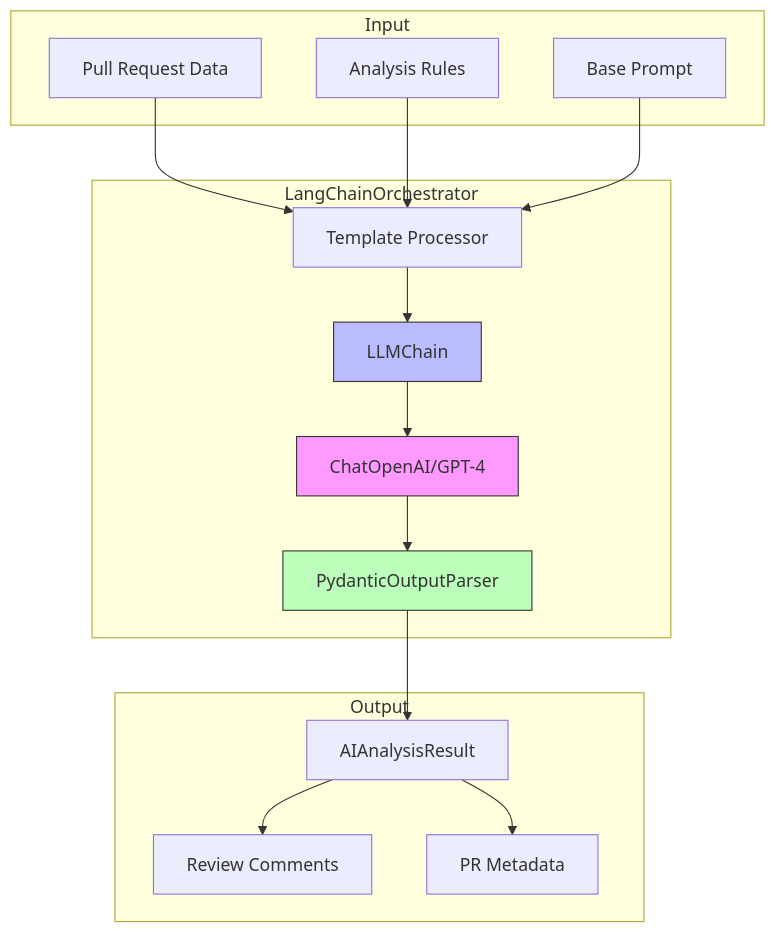
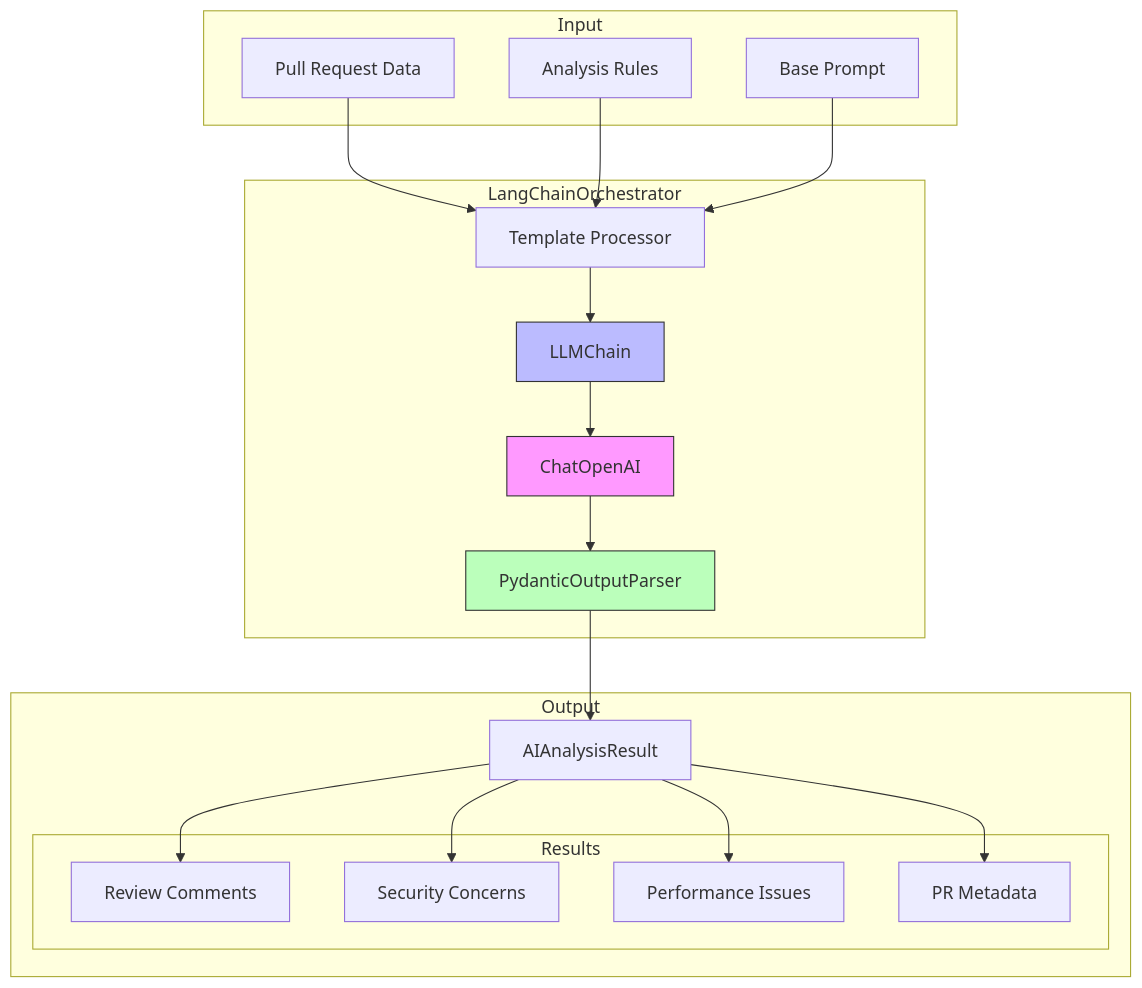
The diagram in diagrams/langchain_flow.mmd (dev-dvenegas/ai-code-review-bot-Private), drawn with Mermaid before and after one commit. The commit also changed 15 other files, not shown here.

```diff
--- a/diagrams/langchain_flow.mmd
+++ b/diagrams/langchain_flow.mmd
@@ -1,35 +1,41 @@
 flowchart TD
     subgraph Input
         PR[Pull Request Data]
         Rules[Analysis Rules]
         Prompt[Base Prompt]
     end
 
     subgraph LangChainOrchestrator
         TP[Template Processor]
         Parser[PydanticOutputParser]
         Chain[LLMChain]
-        LLM[ChatOpenAI/GPT-4]
+        LLM[ChatOpenAI]
     end
 
     subgraph Output
         AR[AIAnalysisResult]
-        Comments[Review Comments]
-        Meta[PR Metadata]
+        subgraph Results
+            Comments[Review Comments]
+            Security[Security Concerns]
+            Performance[Performance Issues]
+            Meta[PR Metadata]
+        end
     end
 
     PR --> TP
     Rules --> TP
     Prompt --> TP
 
     TP --> Chain
     Chain --> LLM
     LLM --> Parser
     Parser --> AR
 
     AR --> Comments
+    AR --> Security
+    AR --> Performance
     AR --> Meta
 
     style LLM fill:#f9f,stroke:#333
     style Chain fill:#bbf,stroke:#333
     style Parser fill:#bfb,stroke:#333 
```
